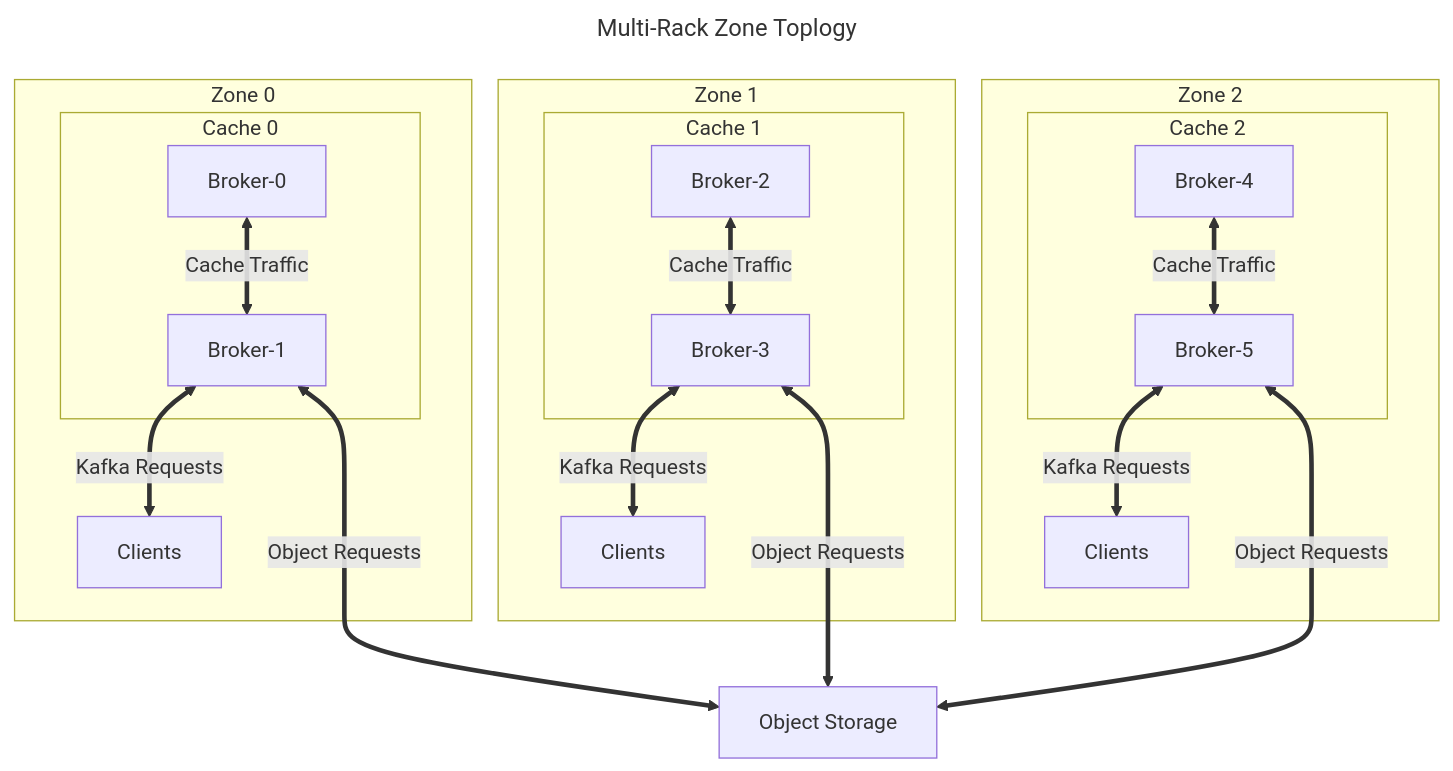
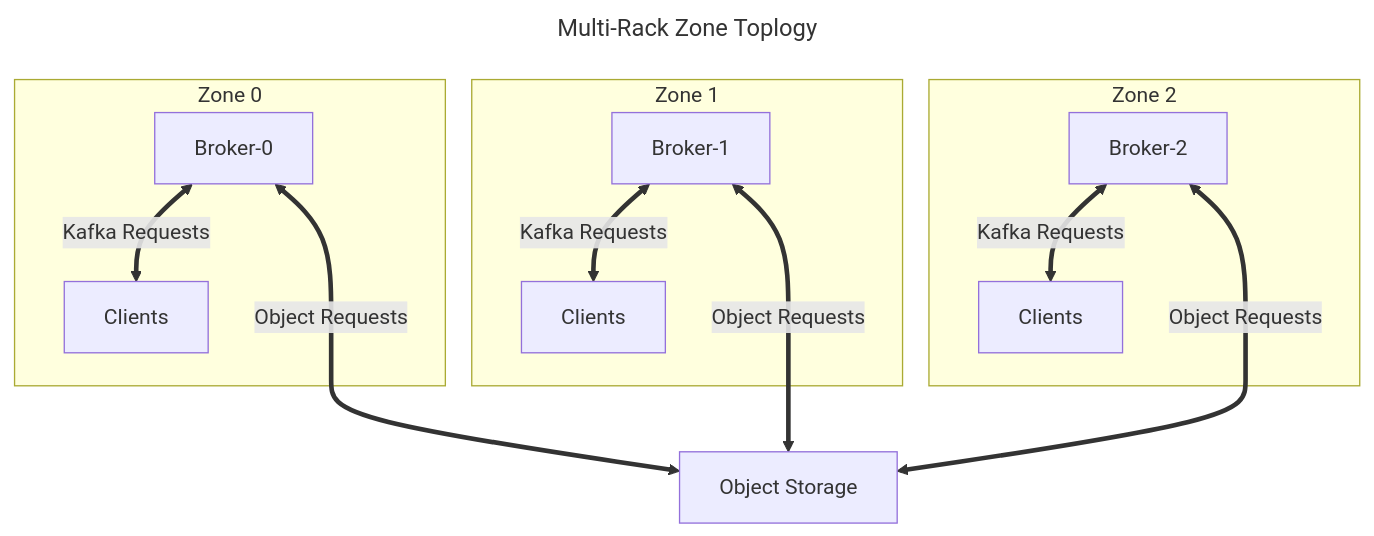
Before and after one commit to aiven/inkless: the fourth of 4 diagrams in docs/inkless/ARCHITECTURE.md, drawn with Mermaid. The commit also changed other lines of this file, not shown here.

Commit message:
New architecture diagrams

````diff
--- a/docs/inkless/ARCHITECTURE.md
+++ b/docs/inkless/ARCHITECTURE.md
@@ -77,35 +119,23 @@
 ```mermaid
 ---
 title: Multi-Rack Zone Toplogy
 ---
 flowchart TB
     subgraph AZ0[Zone 0]
-        subgraph C0[Cache 0]
-            Broker00[Broker-0]
-            Broker01[Broker-1]
-        end
+        Broker00[Broker-0]
         Clients0[Clients]
     end
     subgraph AZ1[Zone 1]
-        subgraph C1[Cache 1]
-            Broker10[Broker-2]
-            Broker11[Broker-3]
-        end
+        Broker10[Broker-1]
         Clients1[Clients]
     end
     subgraph AZ2[Zone 2]
-        subgraph C2[Cache 2]
-            Broker20[Broker-4]
-            Broker21[Broker-5]
-        end
+        Broker20[Broker-2]
         Clients2[Clients]
     end
     ObjectStorage[Object Storage]
-    Broker01 & Broker11 & Broker21 <== Object Requests ===> ObjectStorage
-    Broker00 <== Cache Traffic ==> Broker01
-    Broker10 <== Cache Traffic ==> Broker11
-    Broker20 <== Cache Traffic ==> Broker21
-    Broker01 <== Kafka Requests ==> Clients0
-    Broker11 <== Kafka Requests ==> Clients1
-    Broker21 <== Kafka Requests ==> Clients2
+    Broker00 & Broker10 & Broker20 <== Object Requests ===> ObjectStorage
+    Broker00 <== Kafka Requests ==> Clients0
+    Broker10 <== Kafka Requests ==> Clients1
+    Broker20 <== Kafka Requests ==> Clients2
 ```
````
